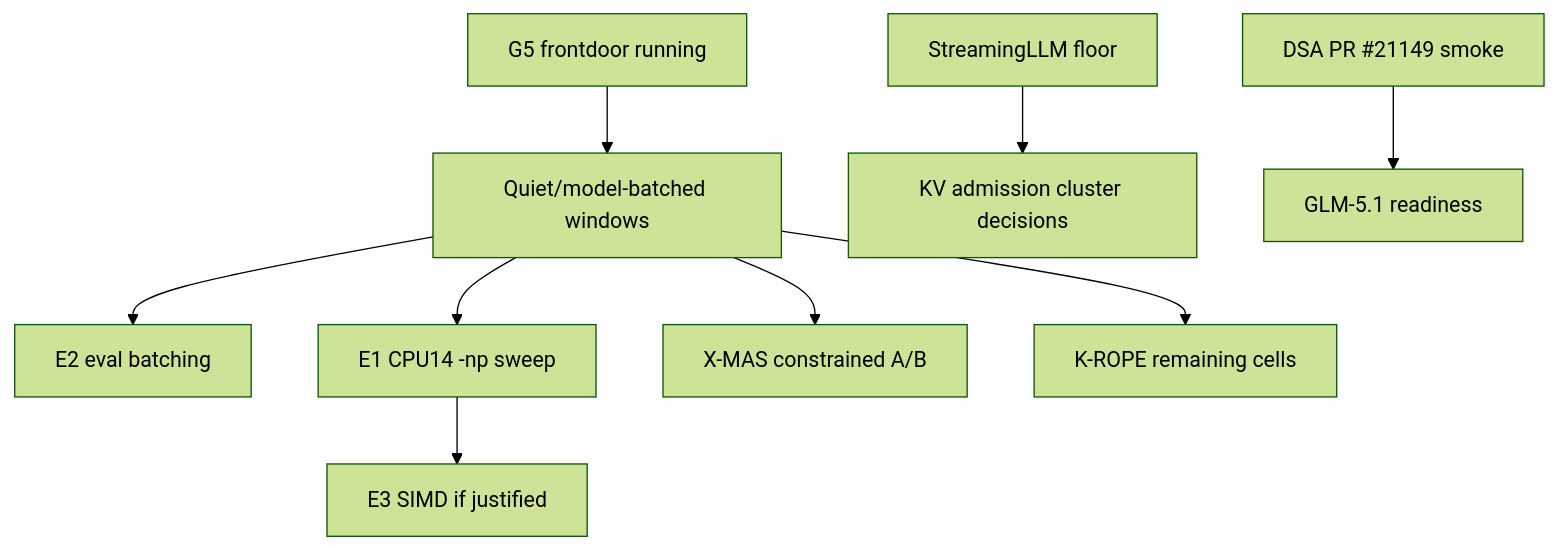
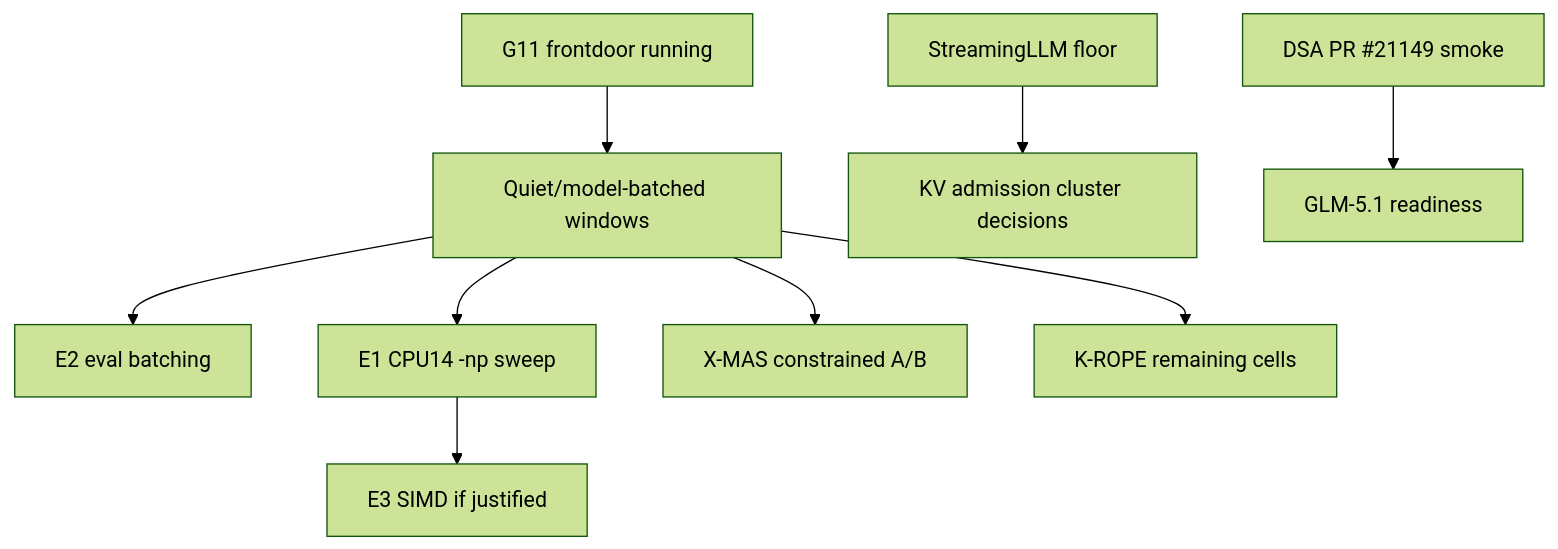
The diagram in handoffs/active/inference-acceleration-index.md (pestopoppa/epyc-root), drawn with Mermaid (forest theme) before and after one commit. The commit also changed other lines of this file and 54 other files, not shown here.

````diff
--- a/handoffs/active/inference-acceleration-index.md
+++ b/handoffs/active/inference-acceleration-index.md
@@ -43,11 +43,11 @@
 ```mermaid
 flowchart TD
-    G5[G5 frontdoor running] --> Quiet[Quiet/model-batched windows]
+    G11[G11 frontdoor running] --> Quiet[Quiet/model-batched windows]
     Quiet --> E2[E2 eval batching]
     Quiet --> E1[E1 CPU14 -np sweep]
     E1 --> E3[E3 SIMD if justified]
     Quiet --> Xmas[X-MAS constrained A/B]
     Quiet --> KROPE[K-ROPE remaining cells]
     Streaming[StreamingLLM floor] --> KVCluster[KV admission cluster decisions]
     DSA[DSA PR #21149 smoke] --> GLM[GLM-5.1 readiness]
 ```
````
